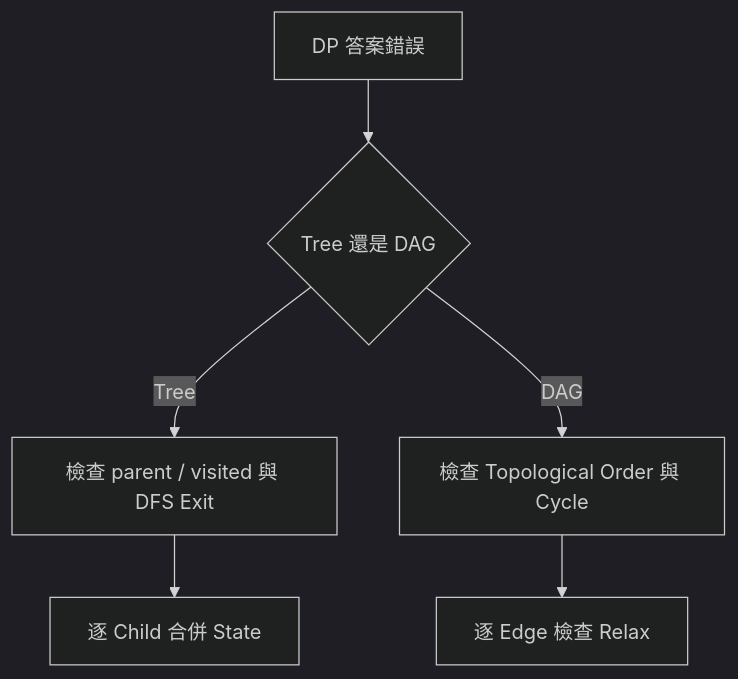
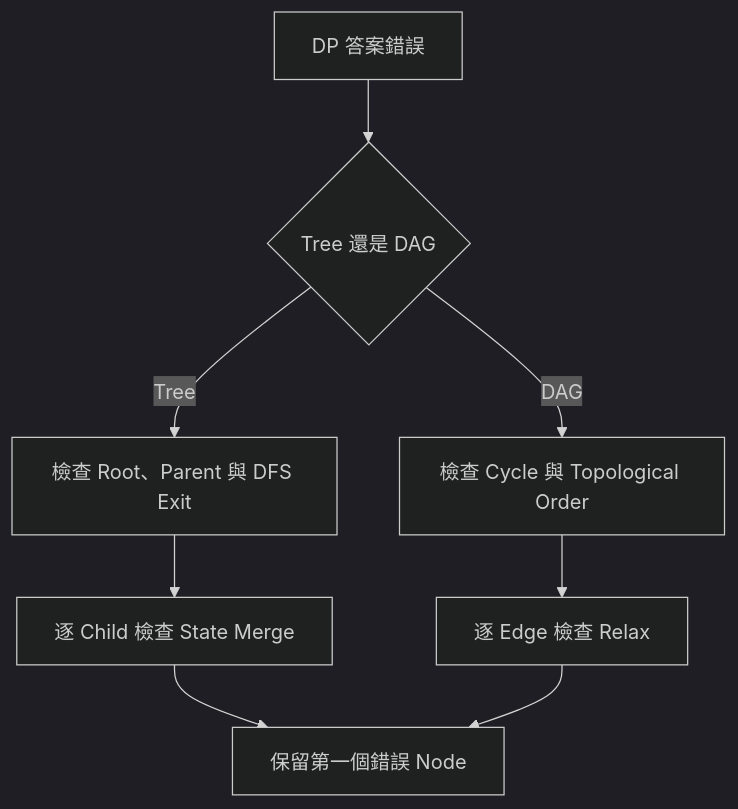
One commit to davidchen0970/algorithm_note changed the fifth of 5 diagrams in 09_dynamic_programming/43_tree_dag_dp.md. Above: the diagram before and after it, drawn with Mermaid (dark theme). The commit also changed other lines of this file and 1 other file, not shown here.

````diff
--- a/09_dynamic_programming/43_tree_dag_dp.md
+++ b/09_dynamic_programming/43_tree_dag_dp.md
@@ -679,8 +916,10 @@
 ```mermaid
 flowchart TD
     A["DP 答案錯誤"] --> B{"Tree 還是 DAG"}
-    B -->|Tree| C["檢查 parent / visited 與 DFS Exit"]
-    B -->|DAG| D["檢查 Topological Order 與 Cycle"]
-    C --> E["逐 Child 合併 State"]
+    B -->|Tree| C["檢查 Root、Parent 與 DFS Exit"]
+    B -->|DAG| D["檢查 Cycle 與 Topological Order"]
+    C --> E["逐 Child 檢查 State Merge"]
     D --> F["逐 Edge 檢查 Relax"]
+    E --> G["保留第一個錯誤 Node"]
+    F --> G
 ```
````
